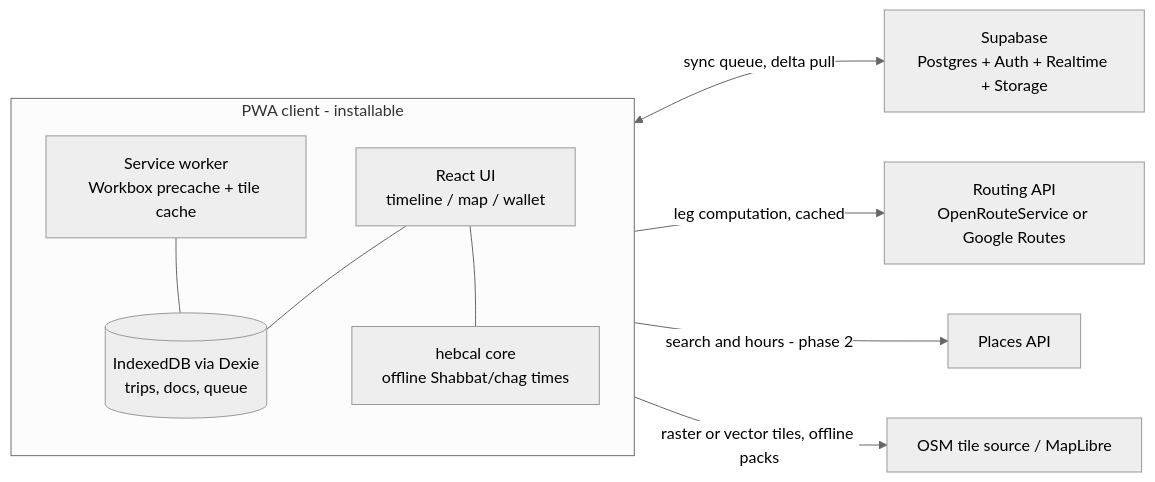
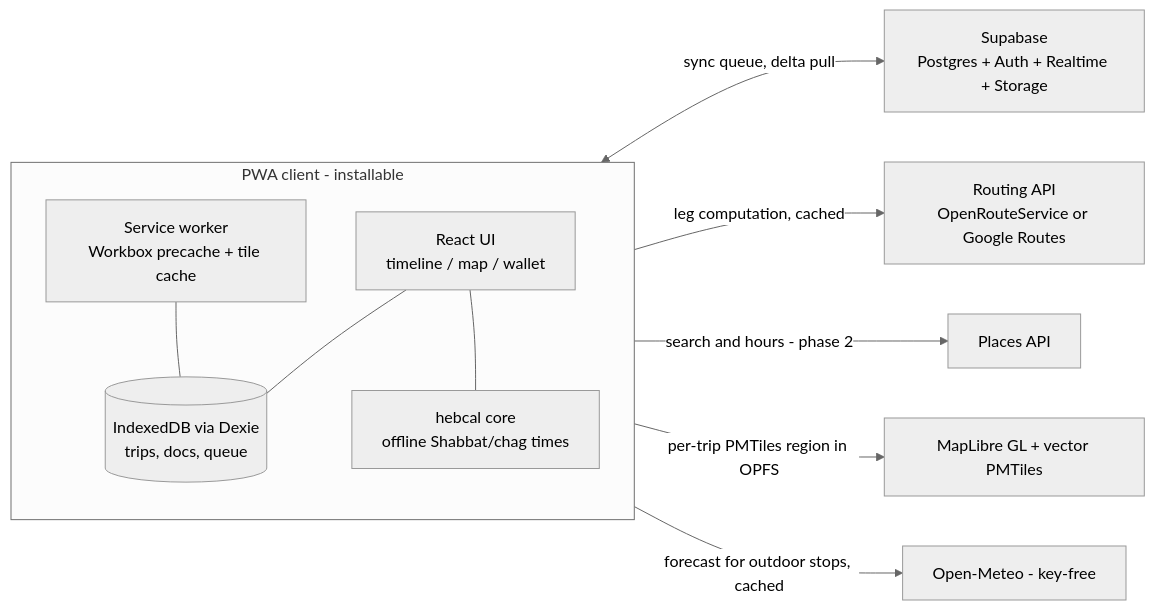
Before and after one commit to yanivil/travel-planner: the second of 2 diagrams in PRODUCT_DESIGN.md, drawn with Mermaid (neutral theme). The commit also changed other lines of this file and 3 other files, not shown here.

````diff
--- a/PRODUCT_DESIGN.md
+++ b/PRODUCT_DESIGN.md
@@ -212,16 +228,17 @@
 ```mermaid
 flowchart LR
     subgraph Client [PWA client - installable]
         UI[React UI\ntimeline / map / wallet]
         SW[Service worker\nWorkbox precache + tile cache]
         DB[(IndexedDB via Dexie\ntrips, docs, queue)]
         HC[hebcal core\noffline Shabbat/chag times]
         UI --- DB
         UI --- HC
         SW --- DB
     end
     Client <-->|sync queue, delta pull| API[Supabase\nPostgres + Auth + Realtime + Storage]
     Client -->|leg computation, cached| ROUTE[Routing API\nOpenRouteService or Google Routes]
     Client -->|search and hours - phase 2| PLACES[Places API]
-    Client -->|raster or vector tiles, offline packs| TILES[OSM tile source / MapLibre]
+    Client -->|per-trip PMTiles region in OPFS| TILES[MapLibre GL + vector PMTiles]
+    Client -->|forecast for outdoor stops, cached| WX[Open-Meteo - key-free]
 ```
````
